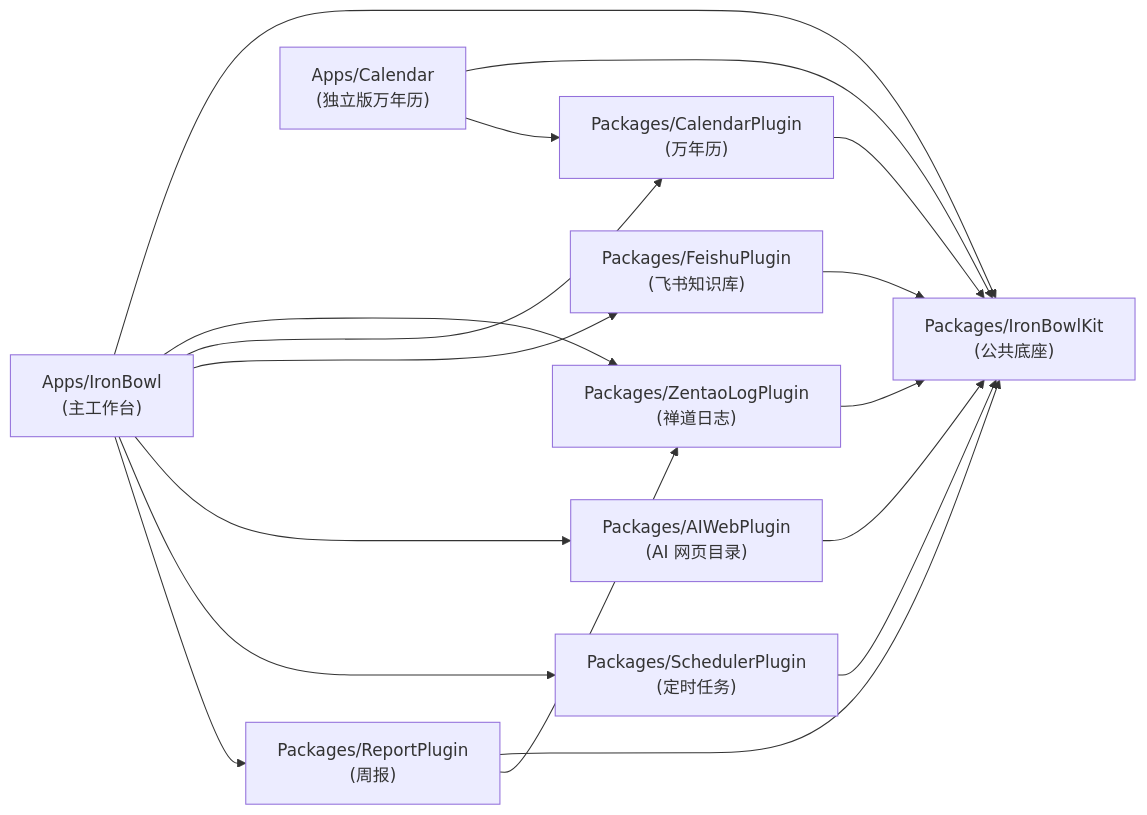
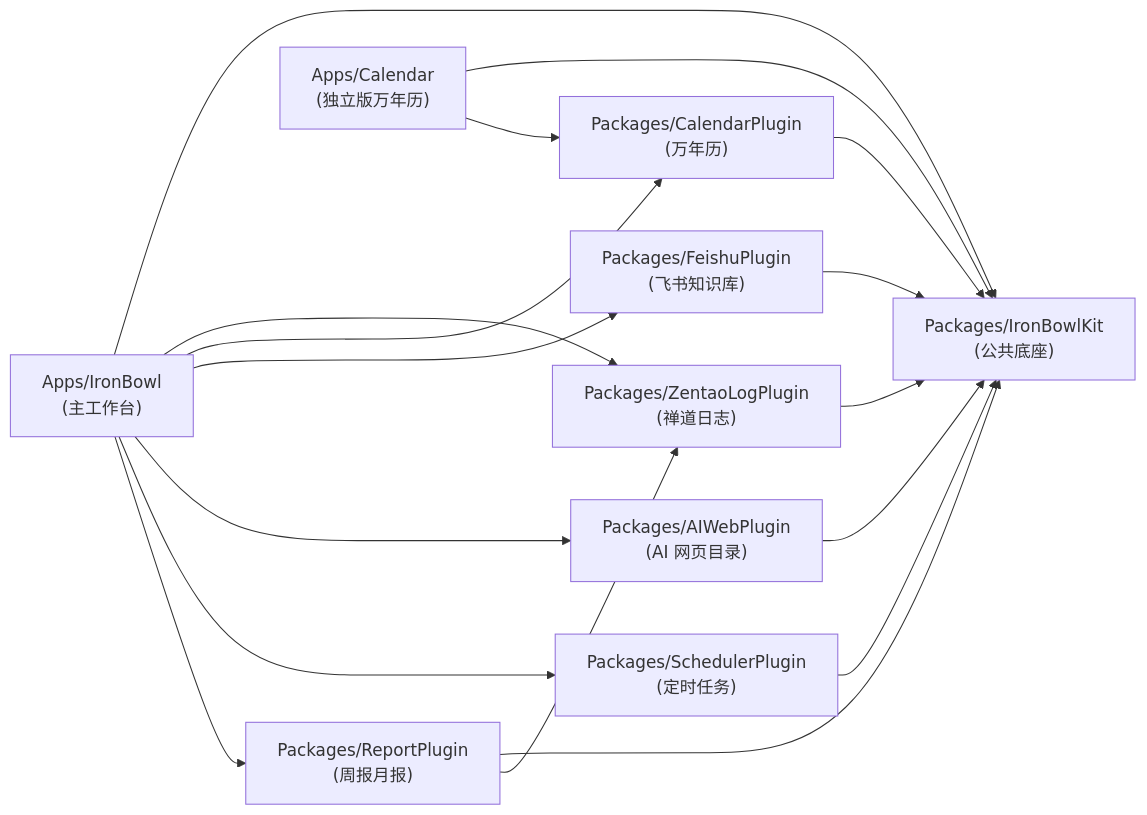
Before and after one commit to taopaox/IronBowl: the diagram in docs/architecture/overview.md, drawn with Mermaid. The commit also changed other lines of this file and 11 other files, not shown here.

````diff
--- a/docs/architecture/overview.md
+++ b/docs/architecture/overview.md
@@ -18,21 +18,21 @@
 ```mermaid
 flowchart LR
     IronBowl["Apps/IronBowl<br/>(主工作台)"] --> IronBowlKit["Packages/IronBowlKit<br/>(公共底座)"]
     IronBowl --> ZentaoLogPlugin["Packages/ZentaoLogPlugin<br/>(禅道日志)"]
     IronBowl --> CalendarPlugin["Packages/CalendarPlugin<br/>(万年历)"]
     IronBowl --> FeishuPlugin["Packages/FeishuPlugin<br/>(飞书知识库)"]
     IronBowl --> AIWebPlugin["Packages/AIWebPlugin<br/>(AI 网页目录)"]
     IronBowl --> SchedulerPlugin["Packages/SchedulerPlugin<br/>(定时任务)"]
-    IronBowl --> ReportPlugin["Packages/ReportPlugin<br/>(周报)"]
+    IronBowl --> ReportPlugin["Packages/ReportPlugin<br/>(周报月报)"]
 
     CalendarApp["Apps/Calendar<br/>(独立版万年历)"] --> IronBowlKit
     CalendarApp --> CalendarPlugin
 
     ZentaoLogPlugin --> IronBowlKit
     CalendarPlugin --> IronBowlKit
     FeishuPlugin --> IronBowlKit
     AIWebPlugin --> IronBowlKit
     SchedulerPlugin --> IronBowlKit
     ReportPlugin --> IronBowlKit
     ReportPlugin --> ZentaoLogPlugin
 ```
````
